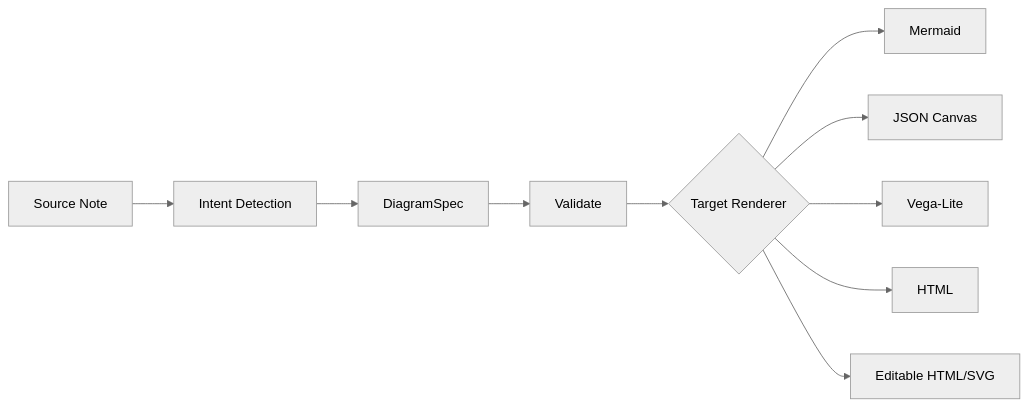
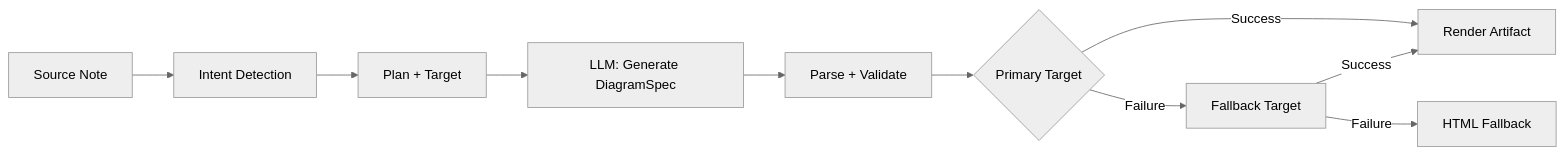
Before and after one commit to Jacobinwwey/obsidian-NotEMD: the first of 2 diagrams in website/i18n/zh-CN/docusaurus-plugin-content-docs/current/features/diagrams.mdx, drawn with Mermaid (neutral theme). The commit also changed other lines of this file and 12 other files, not shown here.

Commit message:
docs: align website intro and circuit diagram roadmap

````diff
--- a/website/i18n/zh-CN/docusaurus-plugin-content-docs/current/features/diagrams.mdx
+++ b/website/i18n/zh-CN/docusaurus-plugin-content-docs/current/features/diagrams.mdx
@@ -28,12 +30,12 @@
 ```mermaid
 graph LR
     A[Source Note] --> B[Intent Detection]
-    B --> C[DiagramSpec]
-    C --> D[Validate]
-    D --> E{Target Renderer}
-    E --> F[Mermaid]
-    E --> G[JSON Canvas]
-    E --> H[Vega-Lite]
-    E --> I[HTML]
-    E --> J[Editable HTML/SVG]
+    B --> C[Plan + Target]
+    C --> D[LLM: Generate DiagramSpec]
+    D --> E[Parse + Validate]
+    E --> F{Primary Target}
+    F -->|Success| G[Render Artifact]
+    F -->|Failure| H[Fallback Target]
+    H -->|Success| G
+    H -->|Failure| I[HTML Fallback]
 ```
````
